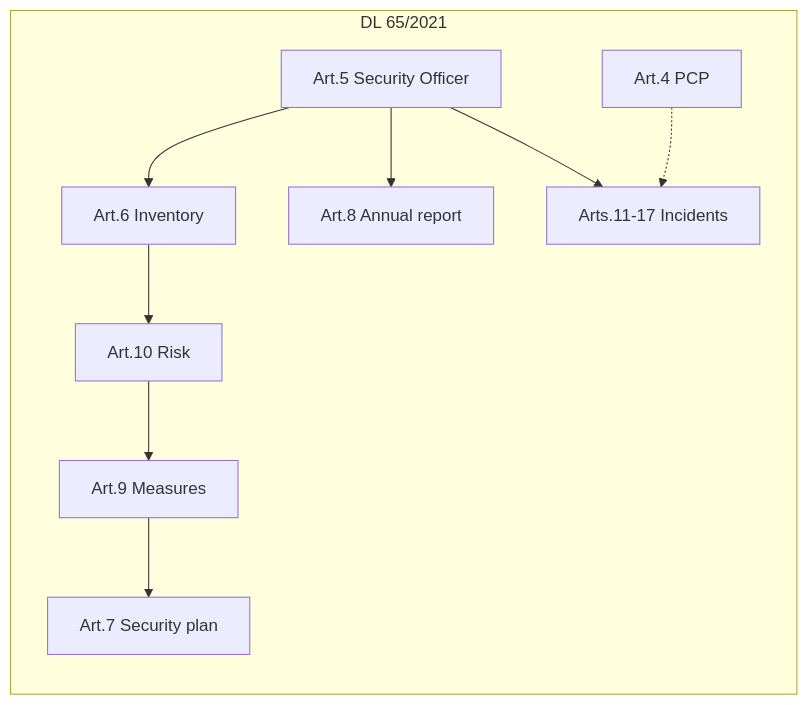
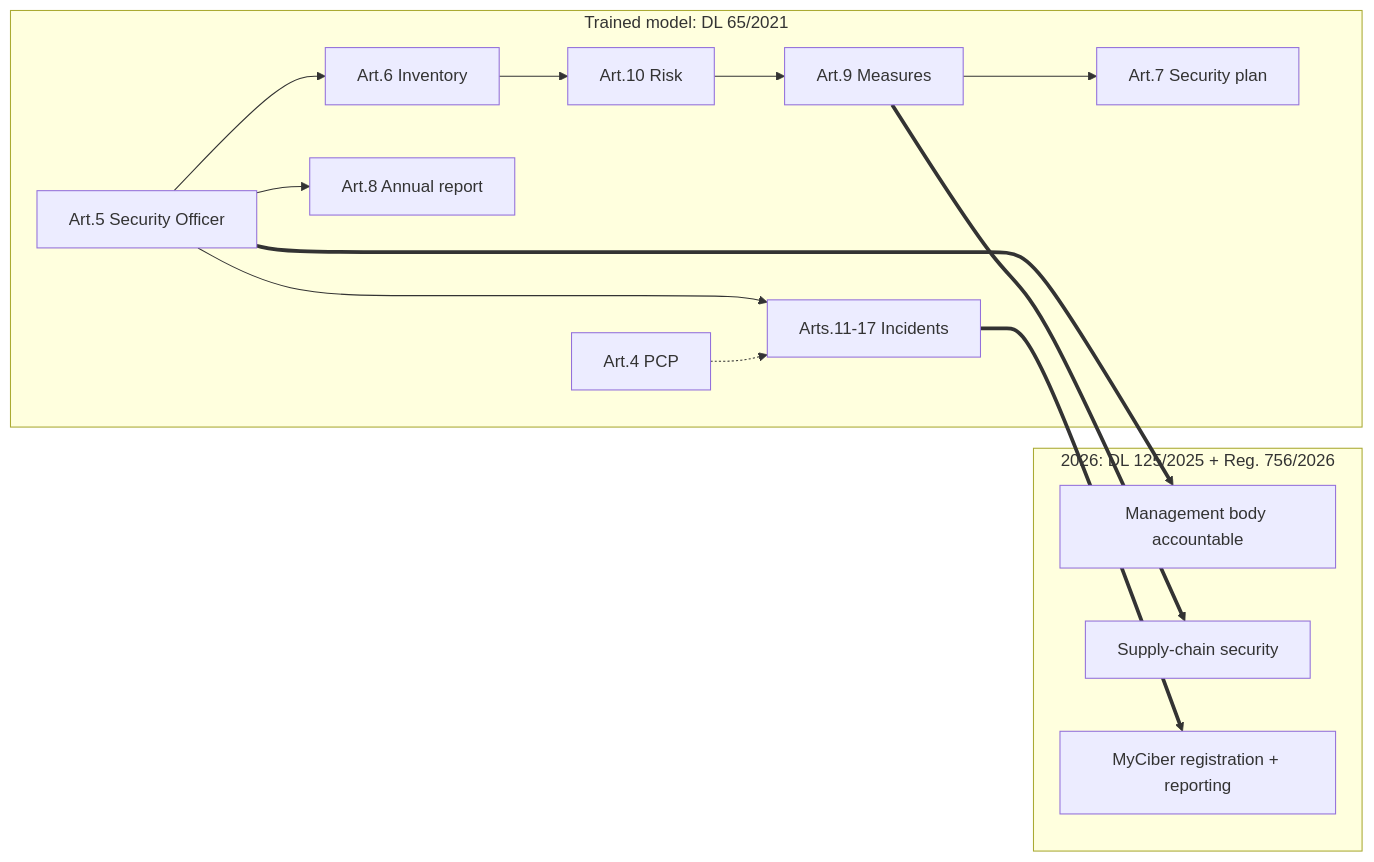
One commit to gabzaf/cybersecurity-officer changed the diagram in README.md. Above: the diagram before and after it, drawn with Mermaid. The commit also changed other lines of this file and 1 other file, not shown here.

First line of the commit message:
docs: align README with DL 125/2025 as the law in force

````diff
--- a/README.md
+++ b/README.md
@@ -38,17 +53,25 @@
 ```mermaid
 flowchart LR
-  subgraph law [DL 65/2021]
+  subgraph law [Trained model: DL 65/2021]
     A4[Art.4 PCP]
     A5[Art.5 Security Officer]
     A6[Art.6 Inventory]
     A10[Art.10 Risk]
     A9[Art.9 Measures]
     A7[Art.7 Security plan]
     A8[Art.8 Annual report]
     A11[Arts.11-17 Incidents]
   end
   A5 --> A6 --> A10 --> A9 --> A7
   A5 --> A8
   A5 --> A11
   A4 -.-> A11
+  subgraph now [2026: DL 125/2025 + Reg. 756/2026]
+    MB[Management body accountable]
+    SC[Supply-chain security]
+    MC[MyCiber registration + reporting]
+  end
+  A5 ==> MB
+  A9 ==> SC
+  A11 ==> MC
 ```
````
